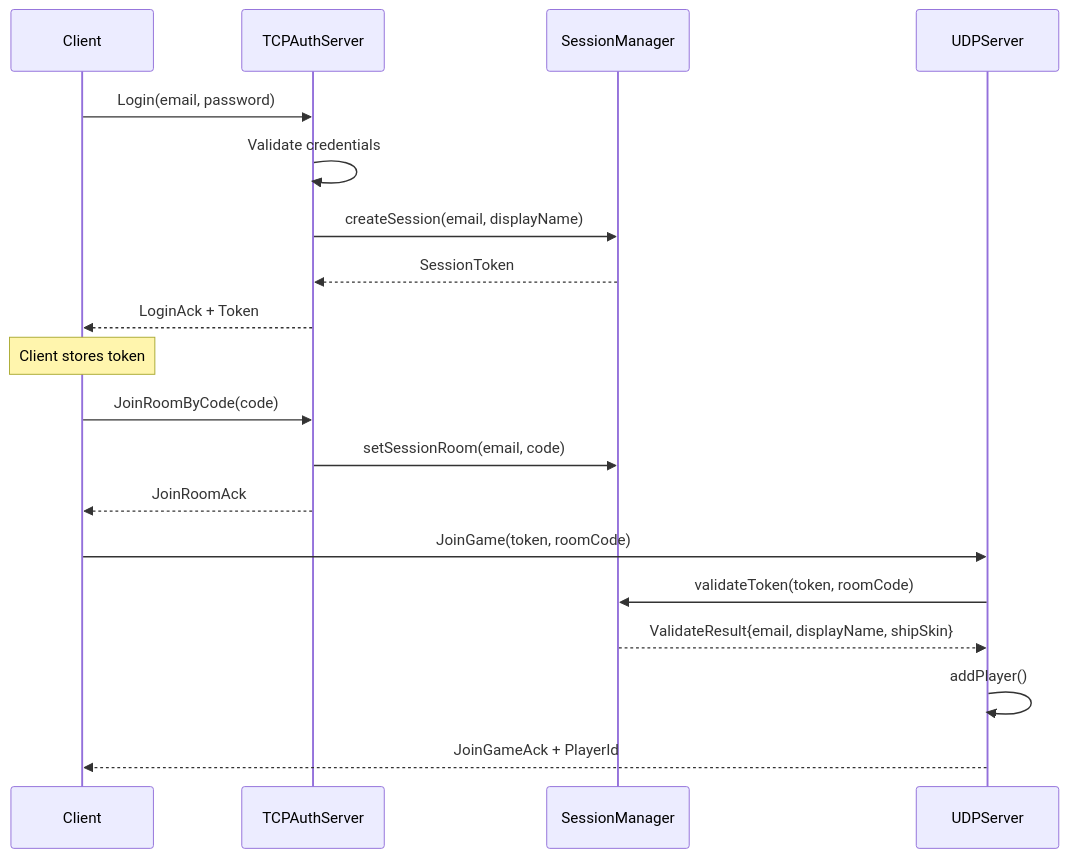
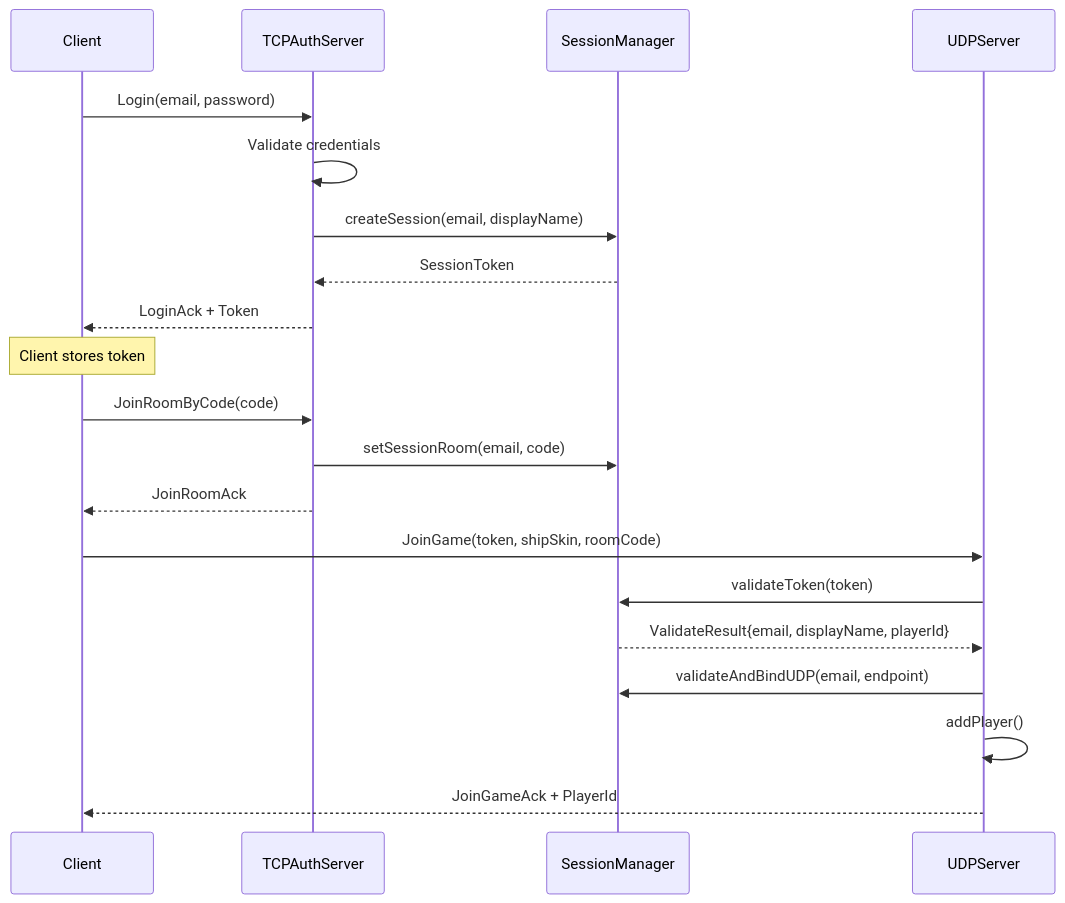
Before and after one commit to ChrisG-L/rtype: the first of 2 diagrams in docs/api/serveur/client-session.md, drawn with Mermaid. The commit also changed other lines of this file and 8 other files, not shown here.

````diff
--- a/docs/api/serveur/client-session.md
+++ b/docs/api/serveur/client-session.md
@@ -134,25 +135,26 @@
 ```mermaid
 sequenceDiagram
     participant Client
     participant TCP as TCPAuthServer
     participant SM as SessionManager
     participant UDP as UDPServer
 
     Client->>TCP: Login(email, password)
     TCP->>TCP: Validate credentials
     TCP->>SM: createSession(email, displayName)
     SM-->>TCP: SessionToken
     TCP-->>Client: LoginAck + Token
 
     Note over Client: Client stores token
 
     Client->>TCP: JoinRoomByCode(code)
     TCP->>SM: setSessionRoom(email, code)
     TCP-->>Client: JoinRoomAck
 
-    Client->>UDP: JoinGame(token, roomCode)
-    UDP->>SM: validateToken(token, roomCode)
-    SM-->>UDP: ValidateResult{email, displayName, shipSkin}
+    Client->>UDP: JoinGame(token, shipSkin, roomCode)
+    UDP->>SM: validateToken(token)
+    SM-->>UDP: ValidateResult{email, displayName, playerId}
+    UDP->>SM: validateAndBindUDP(email, endpoint)
     UDP->>UDP: addPlayer()
     UDP-->>Client: JoinGameAck + PlayerId
 ```
````
